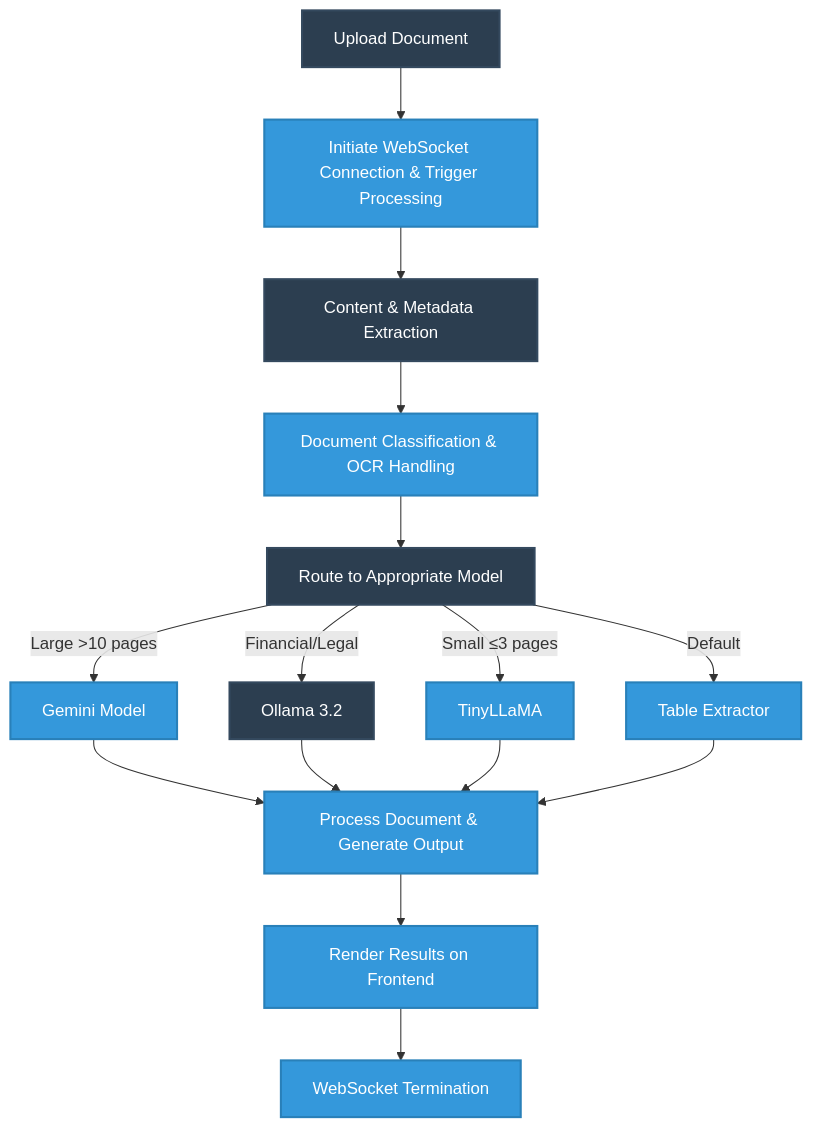
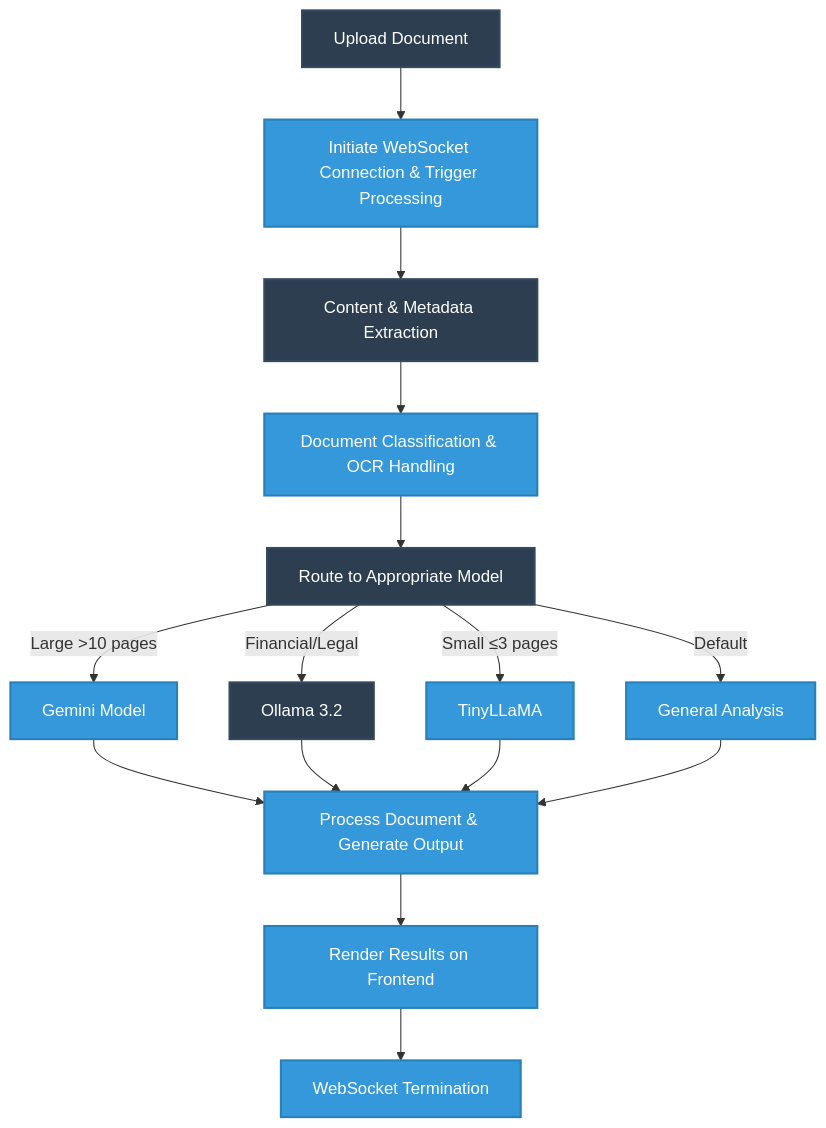
The diagram in README.md (pharshithaa/document-processing-system), drawn with Mermaid before and after one commit.

````diff
--- a/README.md
+++ b/README.md
@@ -7,42 +7,42 @@
 ```mermaid
 graph TD
     %% Frontend Flow
     A[Upload Document] --> B[Initiate WebSocket Connection & Trigger Processing]
     B --> C[Content & Metadata Extraction]
     
     %% Backend Processing
     C --> D[Document Classification & OCR Handling]
     D --> E[Route to Appropriate Model]
 
     %% Processing Paths
     E -->|Large >10 pages| F[Gemini Model]
     E -->|Financial/Legal| G[Ollama 3.2]
     E -->|Small ≤3 pages| H[TinyLLaMA]
-    E -->|Default| I[Table Extractor]
+    E -->|Default| I[General Analysis]
     
     %% Content Processing
     F --> J[Process Document & Generate Output]
     G --> J
     H --> J
     I --> J
 
     
     %% Results & Status
     J --> K[Render Results on Frontend]
     K --> L[WebSocket Termination]
     
 
     %% Styling - Professional Blue Theme
     style A fill:#2c3e50,stroke:#34495e,stroke-width:2px,color:#fff
     style B fill:#3498db,stroke:#2980b9,stroke-width:2px,color:#fff
     style C fill:#2c3e50,stroke:#34495e,stroke-width:2px,color:#fff
     style D fill:#3498db,stroke:#2980b9,stroke-width:2px,color:#fff
     style E fill:#2c3e50,stroke:#34495e,stroke-width:2px,color:#fff
     style F fill:#3498db,stroke:#2980b9,stroke-width:2px,color:#fff
     style G fill:#2c3e50,stroke:#34495e,stroke-width:2px,color:#fff
     style H fill:#3498db,stroke:#2980b9,stroke-width:2px,color:#fff
     style I fill:#3498db,stroke:#2980b9,stroke-width:2px,color:#fff
     style J fill:#3498db,stroke:#2980b9,stroke-width:2px,color:#fff
     style K fill:#3498db,stroke:#2980b9,stroke-width:2px,color:#fff
     style L fill:#3498db,stroke:#2980b9,stroke-width:2px,color:#fff
 ```
````
